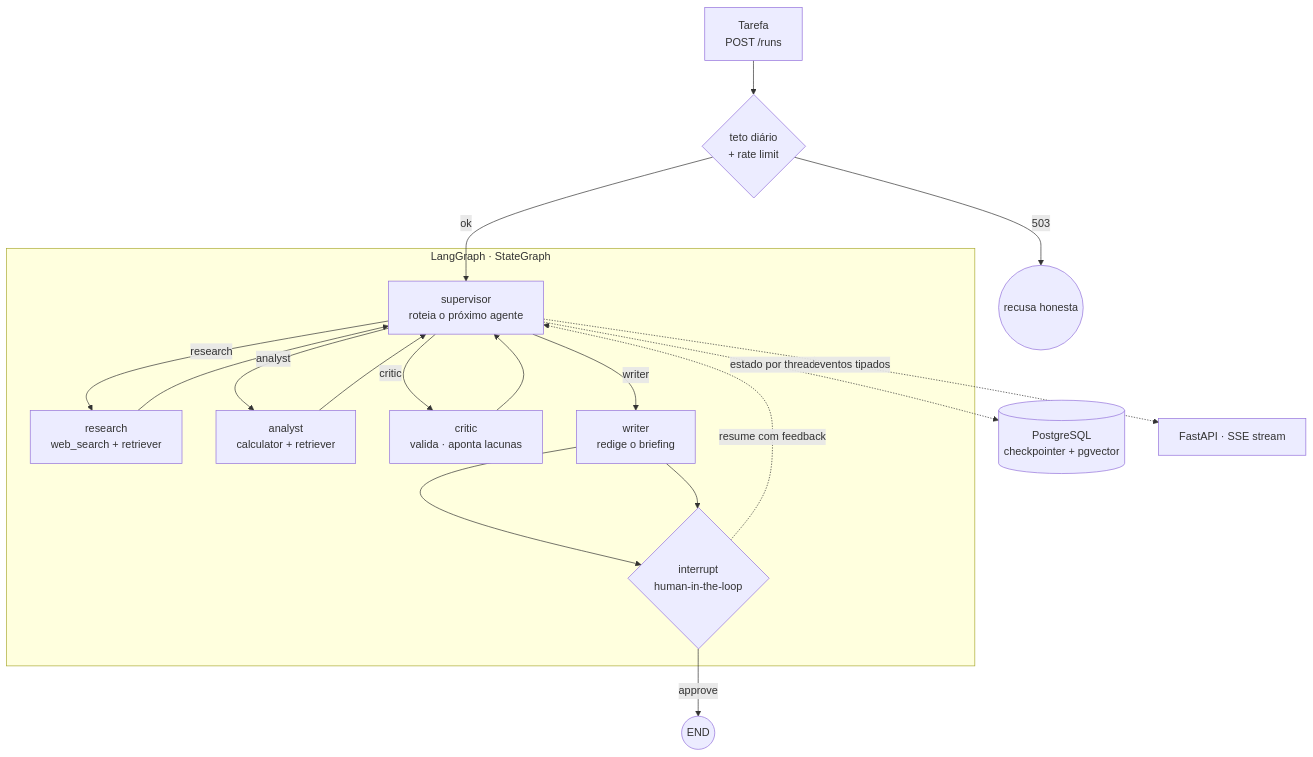
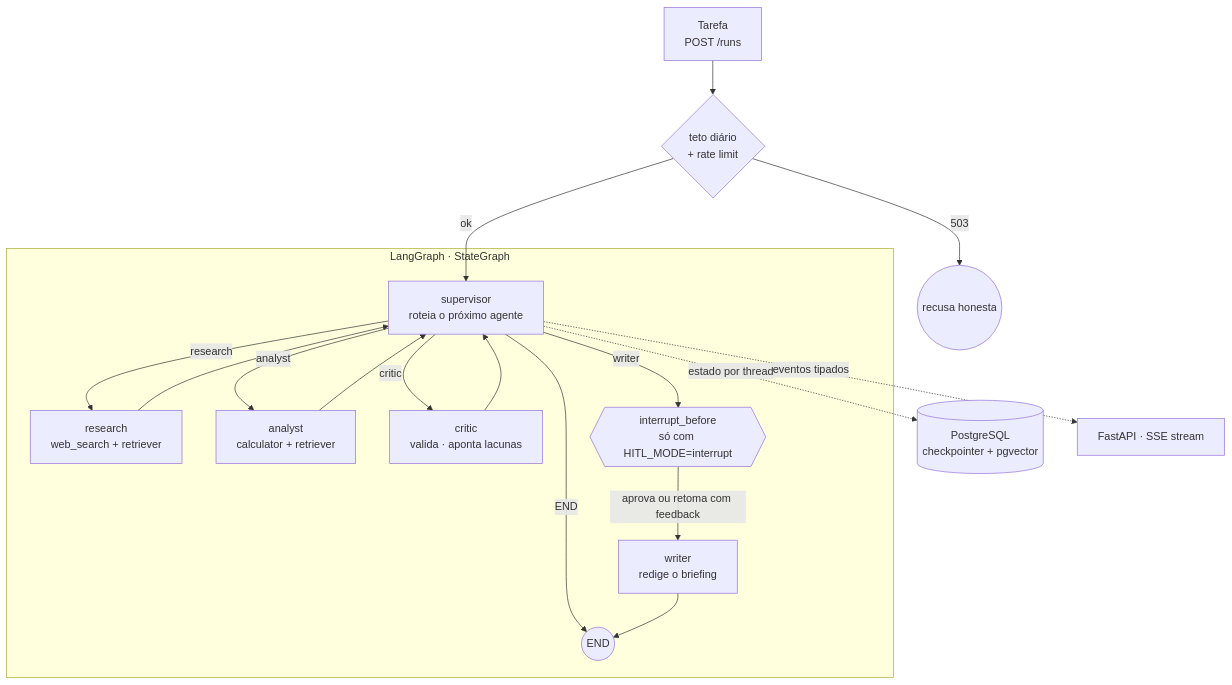
One commit to btaguiar/pauta changed the diagram in ARCHITECTURE.md. Above: the diagram before and after it, drawn with Mermaid. The commit also changed other lines of this file, not shown here.

Commit message:
draw the interrupt where the code puts it
The diagram froze the graph after the writer and sent the resume back to the
supervisor. The code compiles interrupt_before on the writer, so the freeze
happens before the node runs and the resume goes into the writer itself. The
supervisor edge to END was missing too.

````diff
--- a/ARCHITECTURE.md
+++ b/ARCHITECTURE.md
@@ -9,23 +9,22 @@
 ```mermaid
 flowchart TB
     U[Tarefa<br/>POST /runs] --> LIM{teto diário<br/>+ rate limit}
     LIM -->|503| X((recusa honesta))
     LIM -->|ok| S
 
     subgraph graph["LangGraph · StateGraph"]
         S[supervisor<br/>roteia o próximo agente] -->|research| R
         S -->|analyst| A
         S -->|critic| C
-        S -->|writer| W
+        S -->|writer| I
         R[research<br/>web_search + retriever] --> S
         A[analyst<br/>calculator + retriever] --> S
         C[critic<br/>valida · aponta lacunas] --> S
-        W[writer<br/>redige o briefing] --> I
+        S -->|END| E
+        I{{interrupt_before<br/>só com HITL_MODE=interrupt}} -->|aprova ou retoma com feedback| W
+        W[writer<br/>redige o briefing] --> E((END))
     end
 
     S -. estado por thread .-> PG[(PostgreSQL<br/>checkpointer + pgvector)]
-    W --> I{interrupt<br/>human-in-the-loop}
-    I -->|approve| E((END))
-    I -. resume com feedback .-> S
     S -. eventos tipados .-> API[FastAPI · SSE stream]
 ```
````
